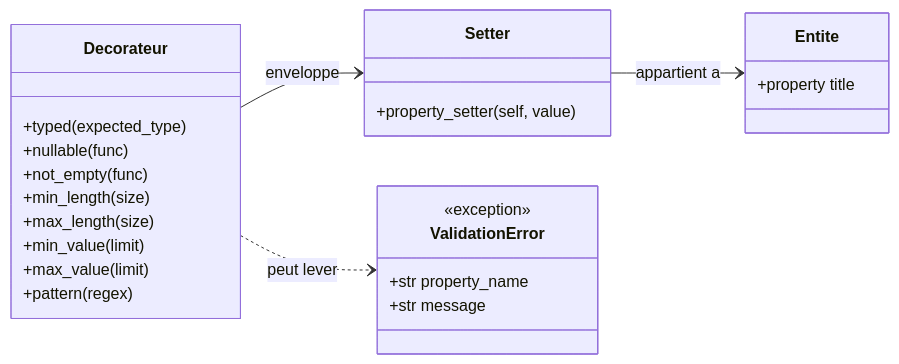
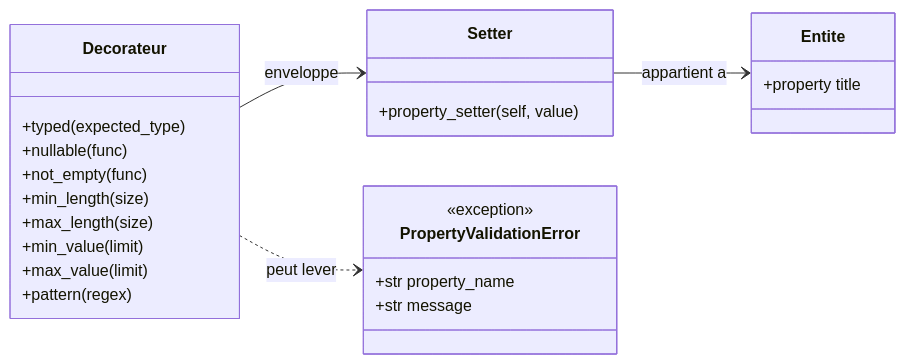
Before and after one commit to caucrogeGit/Forge: the first of 2 diagrams in core/validation/docs/decorators.md, drawn with Mermaid. The commit also changed other lines of this file and 9 other files, not shown here.

First line of the commit message:
refactor: renommer core.validation.ValidationError en PropertyValidationError (CORE-VALIDATIONERROR-UNIFY-001)

````diff
--- a/core/validation/docs/decorators.md
+++ b/core/validation/docs/decorators.md
@@ -60,33 +60,33 @@
 ```mermaid
 classDiagram
     direction LR
 
     class Decorateur {
         +typed(expected_type)
         +nullable(func)
         +not_empty(func)
         +min_length(size)
         +max_length(size)
         +min_value(limit)
         +max_value(limit)
         +pattern(regex)
     }
 
     class Setter {
         +property_setter(self, value)
     }
 
     class Entite {
         +property title
     }
 
-    class ValidationError {
+    class PropertyValidationError {
         <<exception>>
         +str property_name
         +str message
     }
 
     Decorateur --> Setter : enveloppe
     Setter --> Entite : appartient a
-    Decorateur ..> ValidationError : peut lever
+    Decorateur ..> PropertyValidationError : peut lever
 ```
````
